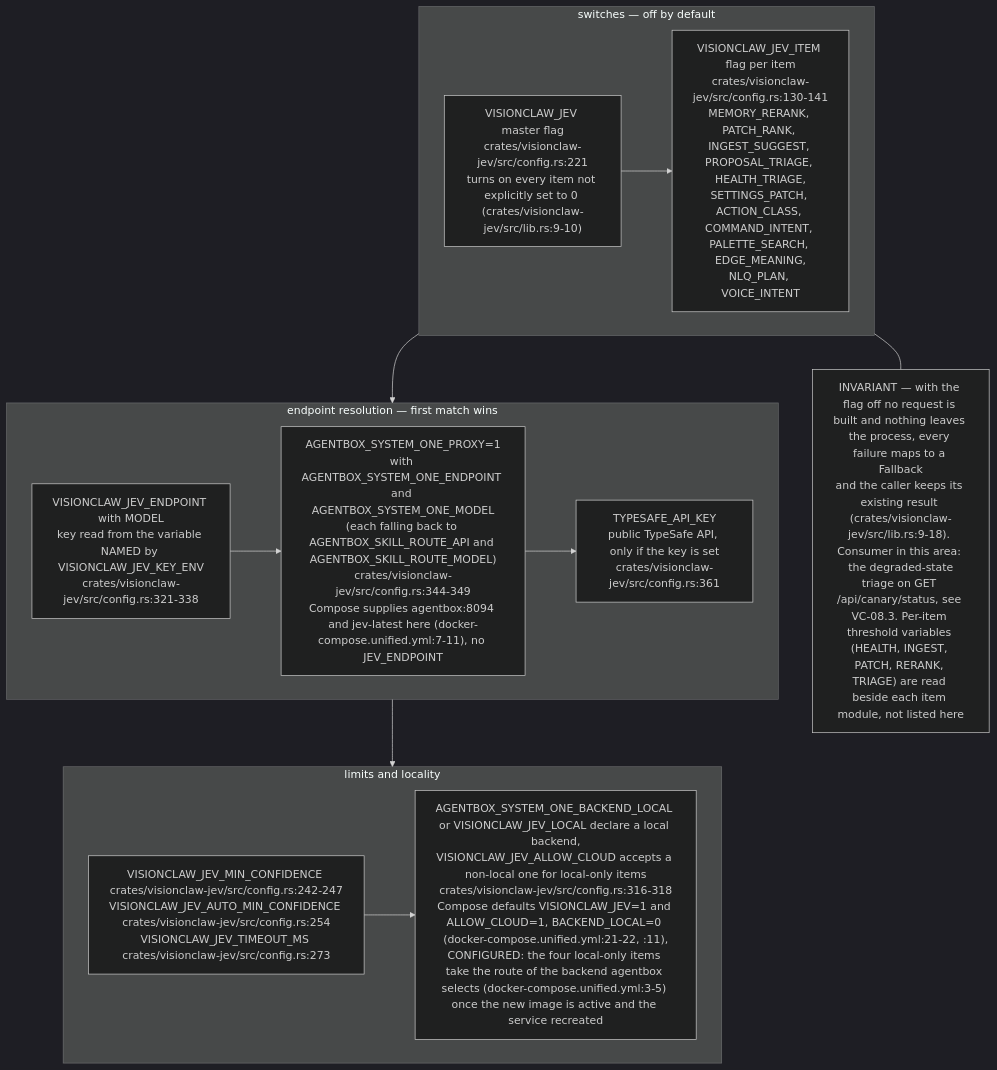
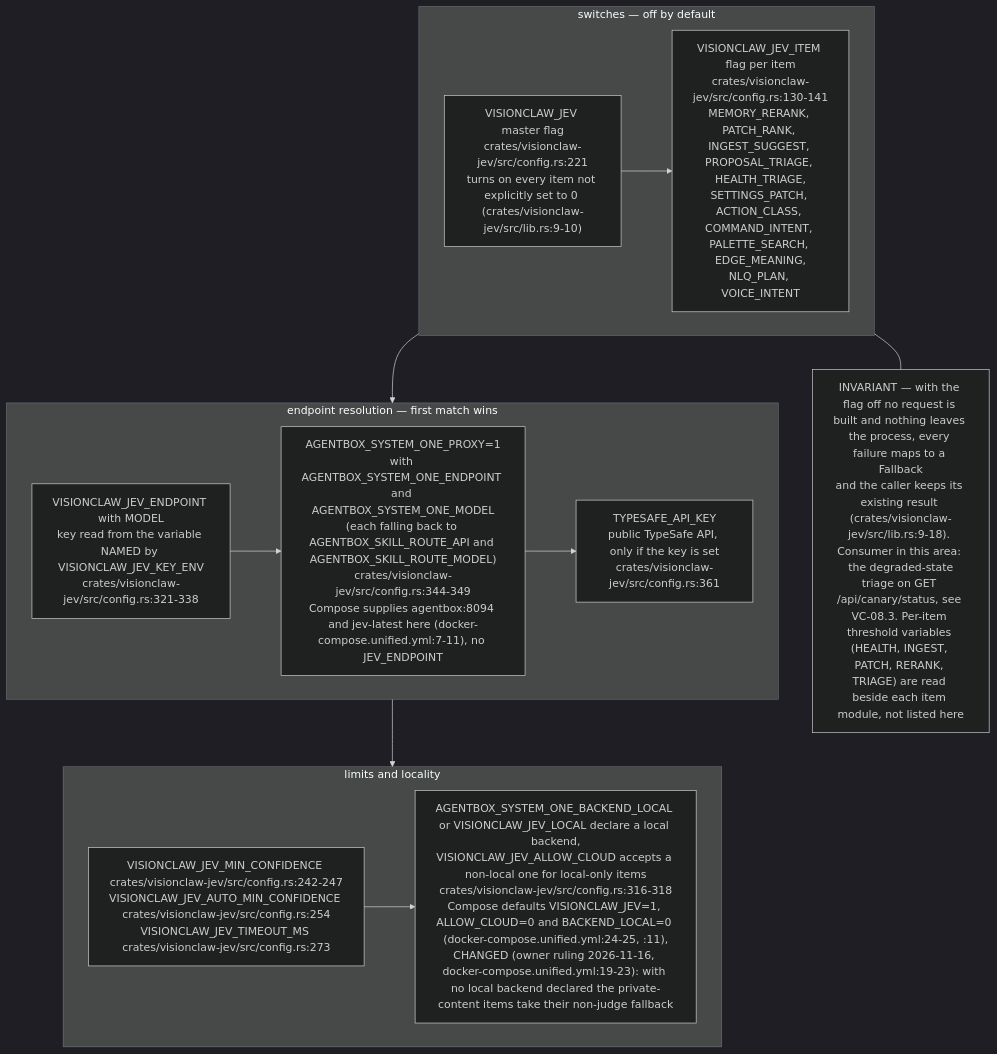
Before and after one commit to DreamLab-AI/VisionFlow: diagram 16 of 16 in docs/diagrams/visionclaw/09-config-and-env-flags.md, drawn with Mermaid (dark theme). The commit also changed other lines of this file and 7 other files, not shown here.

First line of the commit message:
diagrams(visionclaw): re-verify VC-09..VC-16 at visionclaw 4900ec60

````diff
--- a/docs/diagrams/visionclaw/09-config-and-env-flags.md
+++ b/docs/diagrams/visionclaw/09-config-and-env-flags.md
@@ -591,15 +593,15 @@
 ```mermaid
 flowchart TB
     subgraph ON["switches — off by default"]
         J1["VISIONCLAW_JEV master flag<br/>crates/visionclaw-jev/src/config.rs:221<br/>turns on every item not explicitly set to 0 (crates/visionclaw-jev/src/lib.rs:9-10)"] --> J2["VISIONCLAW_JEV_ITEM flag per item<br/>crates/visionclaw-jev/src/config.rs:130-141<br/>MEMORY_RERANK, PATCH_RANK, INGEST_SUGGEST, PROPOSAL_TRIAGE, HEALTH_TRIAGE,<br/>SETTINGS_PATCH, ACTION_CLASS, COMMAND_INTENT, PALETTE_SEARCH, EDGE_MEANING,<br/>NLQ_PLAN, VOICE_INTENT"]
     end
     subgraph EP["endpoint resolution — first match wins"]
         E1["VISIONCLAW_JEV_ENDPOINT with MODEL<br/>key read from the variable NAMED by VISIONCLAW_JEV_KEY_ENV<br/>crates/visionclaw-jev/src/config.rs:321-338"] --> E2["AGENTBOX_SYSTEM_ONE_PROXY=1<br/>with AGENTBOX_SYSTEM_ONE_ENDPOINT and AGENTBOX_SYSTEM_ONE_MODEL<br/>(each falling back to AGENTBOX_SKILL_ROUTE_API and AGENTBOX_SKILL_ROUTE_MODEL)<br/>crates/visionclaw-jev/src/config.rs:344-349<br/>Compose supplies agentbox:8094 and jev-latest here (docker-compose.unified.yml:7-11), no JEV_ENDPOINT"] --> E3["TYPESAFE_API_KEY<br/>public TypeSafe API, only if the key is set<br/>crates/visionclaw-jev/src/config.rs:361"]
     end
     subgraph LIM["limits and locality"]
-        L1["VISIONCLAW_JEV_MIN_CONFIDENCE crates/visionclaw-jev/src/config.rs:242-247<br/>VISIONCLAW_JEV_AUTO_MIN_CONFIDENCE crates/visionclaw-jev/src/config.rs:254<br/>VISIONCLAW_JEV_TIMEOUT_MS crates/visionclaw-jev/src/config.rs:273"] --> L2["AGENTBOX_SYSTEM_ONE_BACKEND_LOCAL or VISIONCLAW_JEV_LOCAL declare a local backend,<br/>VISIONCLAW_JEV_ALLOW_CLOUD accepts a non-local one for local-only items<br/>crates/visionclaw-jev/src/config.rs:316-318<br/>Compose defaults VISIONCLAW_JEV=1 and ALLOW_CLOUD=1, BACKEND_LOCAL=0 (docker-compose.unified.yml:21-22, :11),<br/>CONFIGURED: the four local-only items take the route of the backend agentbox selects (docker-compose.unified.yml:3-5) once the new image is active and the service recreated"]
+        L1["VISIONCLAW_JEV_MIN_CONFIDENCE crates/visionclaw-jev/src/config.rs:242-247<br/>VISIONCLAW_JEV_AUTO_MIN_CONFIDENCE crates/visionclaw-jev/src/config.rs:254<br/>VISIONCLAW_JEV_TIMEOUT_MS crates/visionclaw-jev/src/config.rs:273"] --> L2["AGENTBOX_SYSTEM_ONE_BACKEND_LOCAL or VISIONCLAW_JEV_LOCAL declare a local backend,<br/>VISIONCLAW_JEV_ALLOW_CLOUD accepts a non-local one for local-only items<br/>crates/visionclaw-jev/src/config.rs:316-318<br/>Compose defaults VISIONCLAW_JEV=1, ALLOW_CLOUD=0 and BACKEND_LOCAL=0 (docker-compose.unified.yml:24-25, :11),<br/>CHANGED (owner ruling 2026-11-16, docker-compose.unified.yml:19-23): with no local backend declared the private-content items take their non-judge fallback"]
     end
     ON --> EP --> LIM
     N["INVARIANT — with the flag off no request is built and nothing leaves the process, every failure maps to a Fallback<br/>and the caller keeps its existing result (crates/visionclaw-jev/src/lib.rs:9-18). Consumer in this area: the degraded-state<br/>triage on GET /api/canary/status, see VC-08.3. Per-item threshold variables (HEALTH, INGEST, PATCH, RERANK, TRIAGE) are read beside each item module, not listed here"]
     ON --- N
 ```
````
